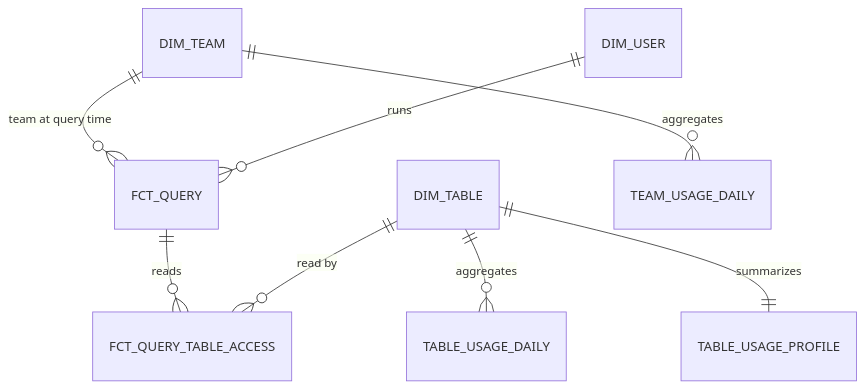
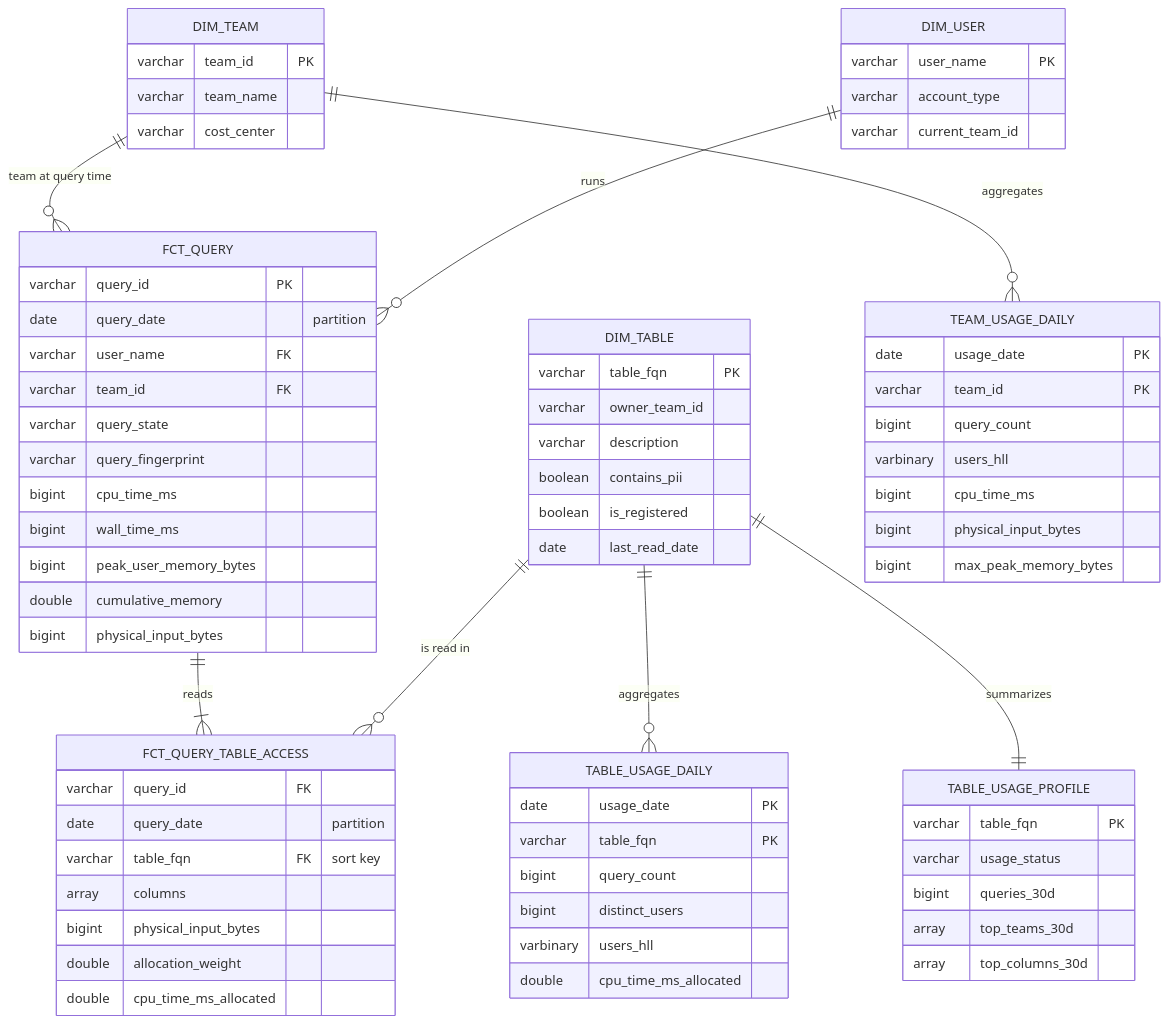
One commit to alexSerranoR/trino-usage-meta-dwh changed the fifth of 15 diagrams in README.md. Above: the diagram before and after it, drawn with Mermaid. The commit also changed other lines of this file, not shown here.

Commit message:
docs: restructure the README around architecture, model and decision diagrams

````diff
--- a/README.md
+++ b/README.md
@@ -126,10 +181,75 @@
 ```mermaid
 erDiagram
     DIM_TEAM ||--o{ FCT_QUERY : "team at query time"
     DIM_USER ||--o{ FCT_QUERY : runs
-    FCT_QUERY ||--o{ FCT_QUERY_TABLE_ACCESS : reads
-    DIM_TABLE ||--o{ FCT_QUERY_TABLE_ACCESS : "read by"
+    FCT_QUERY ||--|{ FCT_QUERY_TABLE_ACCESS : reads
+    DIM_TABLE ||--o{ FCT_QUERY_TABLE_ACCESS : "is read in"
     DIM_TABLE ||--o{ TABLE_USAGE_DAILY : aggregates
     DIM_TEAM ||--o{ TEAM_USAGE_DAILY : aggregates
     DIM_TABLE ||--|| TABLE_USAGE_PROFILE : summarizes
+
+    FCT_QUERY {
+        varchar query_id PK
+        date query_date "partition"
+        varchar user_name FK
+        varchar team_id FK
+        varchar query_state
+        varchar query_fingerprint
+        bigint cpu_time_ms
+        bigint wall_time_ms
+        bigint peak_user_memory_bytes
+        double cumulative_memory
+        bigint physical_input_bytes
+    }
+    FCT_QUERY_TABLE_ACCESS {
+        varchar query_id FK
+        date query_date "partition"
+        varchar table_fqn FK "sort key"
+        array columns
+        bigint physical_input_bytes
+        double allocation_weight
+        double cpu_time_ms_allocated
+    }
+    DIM_TABLE {
+        varchar table_fqn PK
+        varchar owner_team_id
+        varchar description
+        boolean contains_pii
+        boolean is_registered
+        date last_read_date
+    }
+    DIM_TEAM {
+        varchar team_id PK
+        varchar team_name
+        varchar cost_center
+    }
+    DIM_USER {
+        varchar user_name PK
+        varchar account_type
+        varchar current_team_id
+    }
+    TABLE_USAGE_DAILY {
+        date usage_date PK
+        varchar table_fqn PK
+        bigint query_count
+        bigint distinct_users
+        varbinary users_hll
+        double cpu_time_ms_allocated
+    }
+    TEAM_USAGE_DAILY {
+        date usage_date PK
+        varchar team_id PK
+        bigint query_count
+        varbinary users_hll
+        bigint cpu_time_ms
+        bigint physical_input_bytes
+        bigint max_peak_memory_bytes
+    }
+    TABLE_USAGE_PROFILE {
+        varchar table_fqn PK
+        varchar usage_status
+        bigint queries_30d
+        array top_teams_30d
+        array top_columns_30d
+    }
 ```
````
